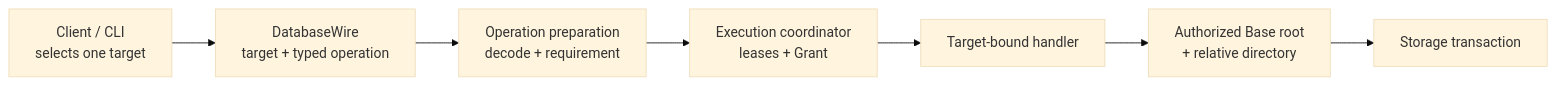
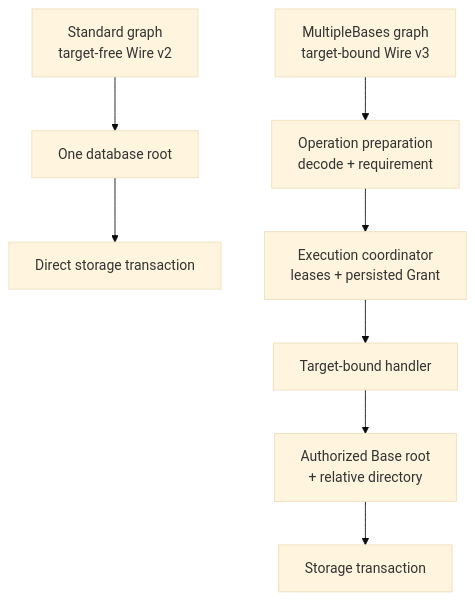
The first of 6 diagrams in docs/base-composition-implementation-design.md (1amageek/database-framework), drawn with Mermaid (base theme) before and after one commit. The commit also changed other lines of this file and 500 other files, not shown here.

````diff
--- a/docs/base-composition-implementation-design.md
+++ b/docs/base-composition-implementation-design.md
@@ -20,9 +22,11 @@
 ```mermaid
-flowchart LR
-    Client["Client / CLI<br/>selects one target"] --> Wire["DatabaseWire<br/>target + typed operation"]
-    Wire --> Prepare["Operation preparation<br/>decode + requirement"]
-    Prepare --> Bind["Execution coordinator<br/>leases + Grant"]
+flowchart TB
+    Standard["Standard graph<br/>target-free Wire v2"] --> Root["One database root"]
+    Root --> StandardTransaction["Direct storage transaction"]
+
+    Multiple["MultipleBases graph<br/>target-bound Wire v3"] --> Prepare["Operation preparation<br/>decode + requirement"]
+    Prepare --> Bind["Execution coordinator<br/>leases + persisted Grant"]
     Bind --> Handler["Target-bound handler"]
     Handler --> Namespace["Authorized Base root<br/>+ relative directory"]
-    Namespace --> Storage["Storage transaction"]
+    Namespace --> MultipleTransaction["Storage transaction"]
 ```
````
